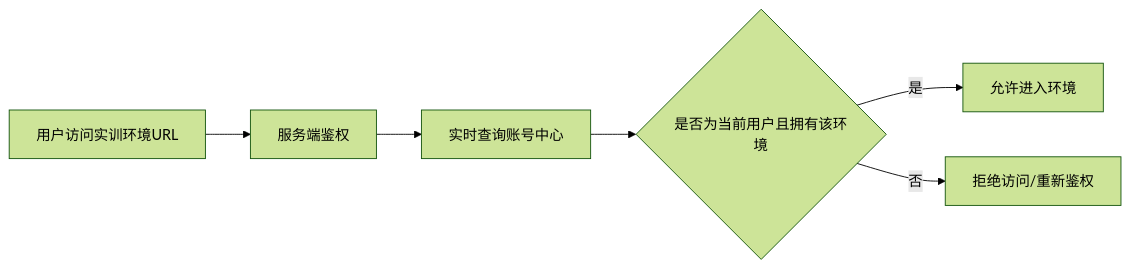
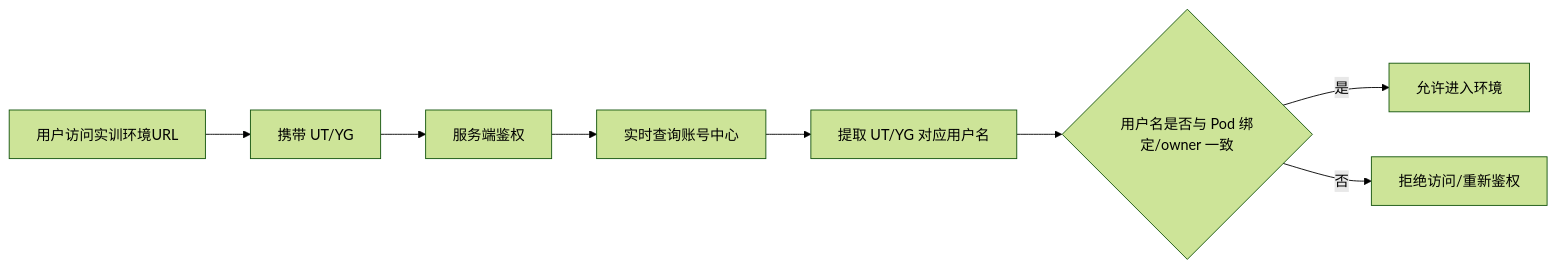
One commit to GeorgeCao-hw/backlog-test changed the diagram in opensourceways/backlog/issue_docs/151/Requirement Analysis/#151 Requirement Analysis Specification.md. Above: the diagram before and after it, drawn with Mermaid (forest theme). The commit also changed other lines of this file and 1 other file, not shown here.

````diff
--- a/opensourceways/backlog/issue_docs/151/Requirement Analysis/#151 Requirement Analysis Specification.md
+++ b/opensourceways/backlog/issue_docs/151/Requirement Analysis/#151 Requirement Analysis Specification.md
@@ -40,8 +40,10 @@
 ```mermaid
 flowchart LR
-    A[用户访问实训环境URL] --> B[服务端鉴权]
-    B --> C[实时查询账号中心]
-    C --> D{是否为当前用户且拥有该环境}
-    D -- 是 --> E[允许进入环境]
-    D -- 否 --> F[拒绝访问/重新鉴权]
+    A[用户访问实训环境URL] --> B[携带 UT/YG]
+    B --> C[服务端鉴权]
+    C --> D[实时查询账号中心]
+    D --> E[提取 UT/YG 对应用户名]
+    E --> F{用户名是否与 Pod 绑定/owner 一致}
+    F -- 是 --> G[允许进入环境]
+    F -- 否 --> H[拒绝访问/重新鉴权]
 ```
````
